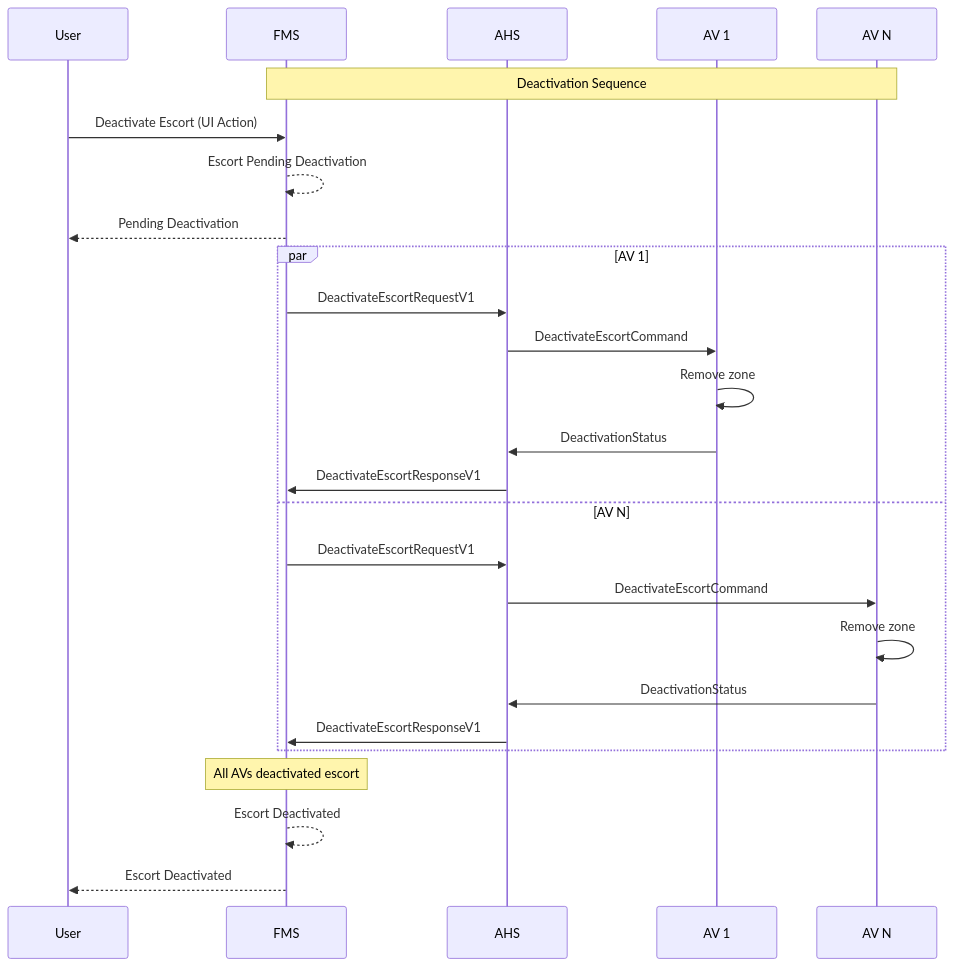
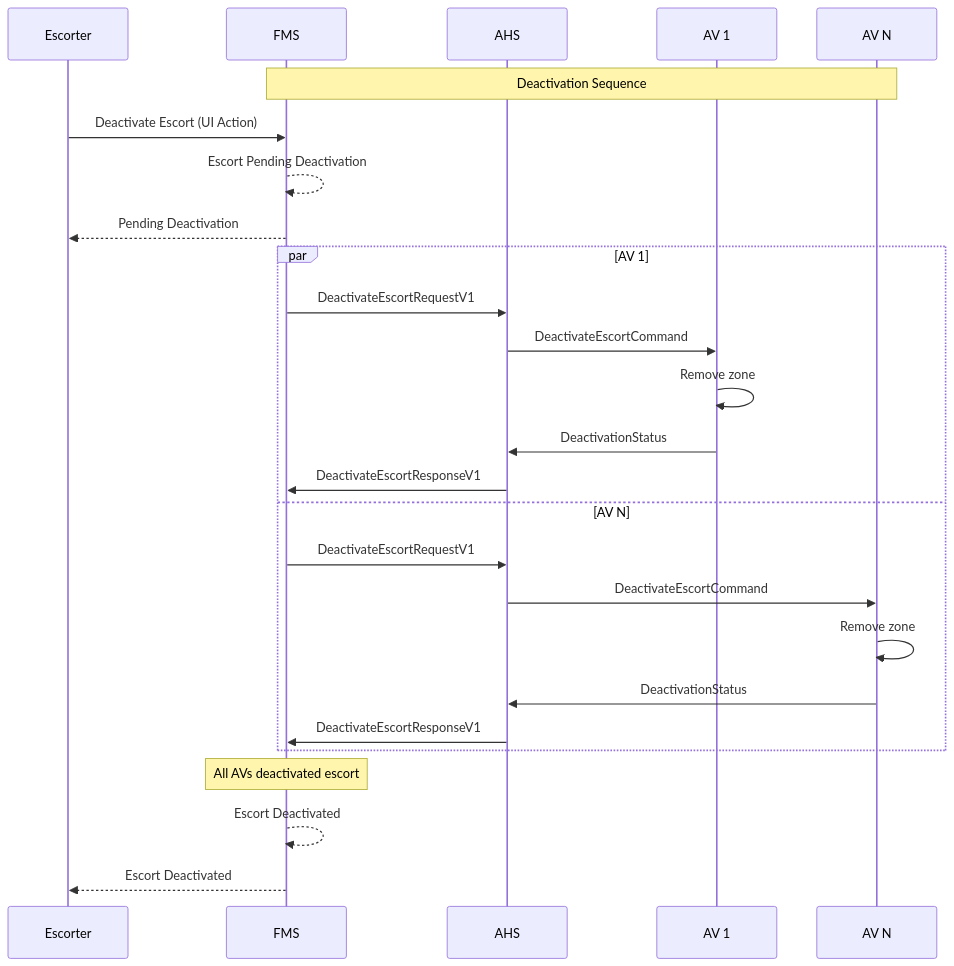
One commit to open-autonomy/escort changed the first of 2 diagrams in diagram/EscortDeactivation.md. Above: the diagram before and after it, drawn with Mermaid.

Commit message:
Update EscortDeactivation.md
fix: changed user -> Escorter

````diff
--- a/diagram/EscortDeactivation.md
+++ b/diagram/EscortDeactivation.md
@@ -10,31 +10,31 @@
 ```mermaid
 sequenceDiagram
-    participant User
+    participant Escorter
     participant FMS
     participant AHS
     participant AV 1
     participant AV N
 
     Note over FMS,AV N: Deactivation Sequence
-    User->>FMS: Deactivate Escort (UI Action)
+    Escorter->>FMS: Deactivate Escort (UI Action)
     FMS-->>FMS: Escort Pending Deactivation
-    FMS-->>User: Pending Deactivation
+    FMS-->>Escorter: Pending Deactivation
 
     par AV 1
         FMS->>AHS: DeactivateEscortRequestV1
         AHS->>AV 1: DeactivateEscortCommand
         AV 1->>AV 1: Remove zone
         AV 1->>AHS: DeactivationStatus
         AHS->>FMS: DeactivateEscortResponseV1
     and AV N
         FMS->>AHS: DeactivateEscortRequestV1
         AHS->>AV N: DeactivateEscortCommand
         AV N->>AV N: Remove zone
         AV N->>AHS: DeactivationStatus
         AHS->>FMS: DeactivateEscortResponseV1
     end
 
     Note over FMS: All AVs deactivated escort
     FMS-->>FMS: Escort Deactivated
-    FMS-->>User: Escort Deactivated
+    FMS-->>Escorter: Escort Deactivated
 ```
````
